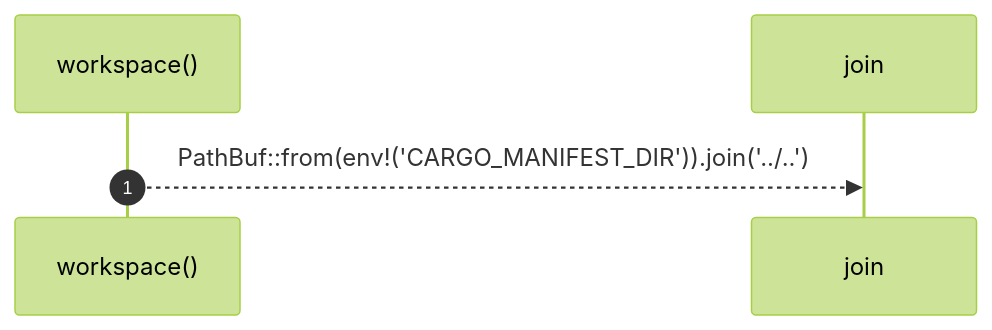
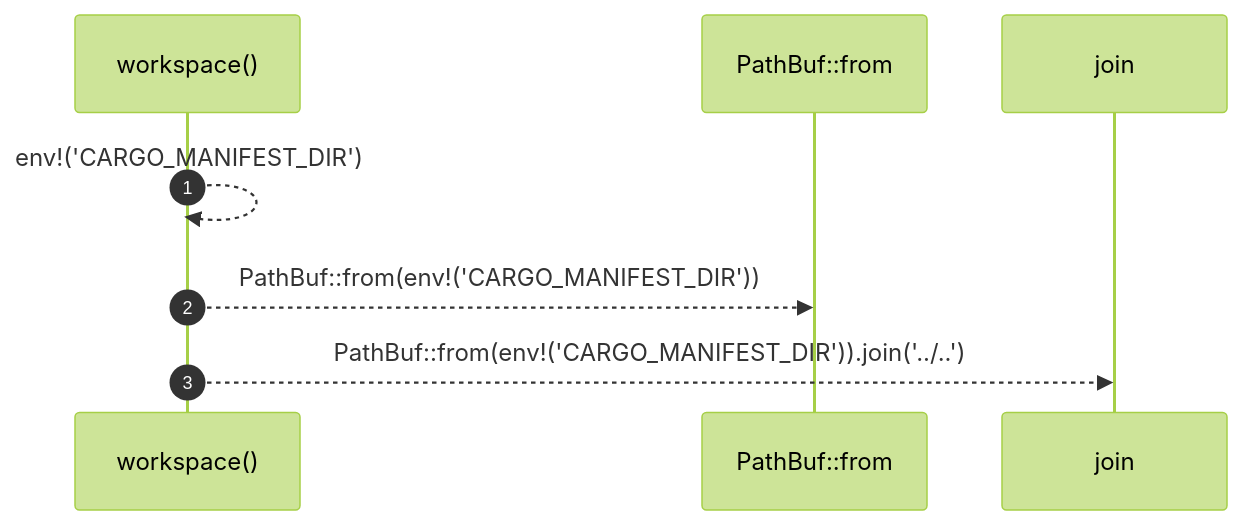
One commit to RyanGuild/self-describing-code changed the diagram in docs/self-model/robby_render/test_tree/workspace.md. Above: the diagram before and after it, drawn with Mermaid (forest theme). The commit also changed other lines of this file and 1404 other files, not shown here.

````diff
--- a/docs/self-model/robby_render/test_tree/workspace.md
+++ b/docs/self-model/robby_render/test_tree/workspace.md
@@ -18,7 +18,10 @@
 ```mermaid
 sequenceDiagram
     autonumber
     participant workspace as workspace()
+    participant PathBuf__from as PathBuf::from
     participant join as join
+    workspace-->>workspace: env!('CARGO_MANIFEST_DIR')
+    workspace-->>PathBuf__from: PathBuf::from(env!('CARGO_MANIFEST_DIR'))
     workspace-->>join: PathBuf::from(env!('CARGO_MANIFEST_DIR')).join('../..')
 ```
````
